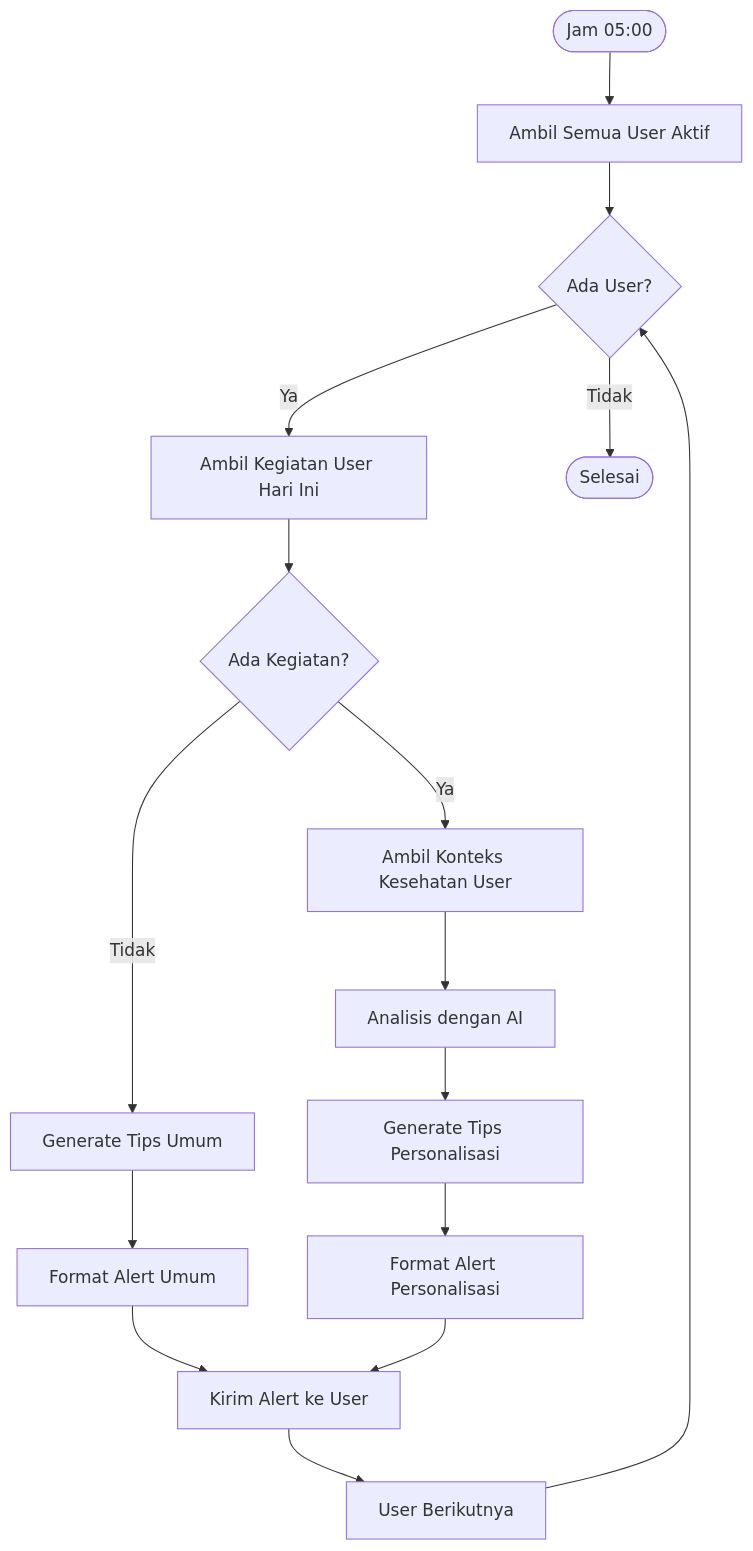
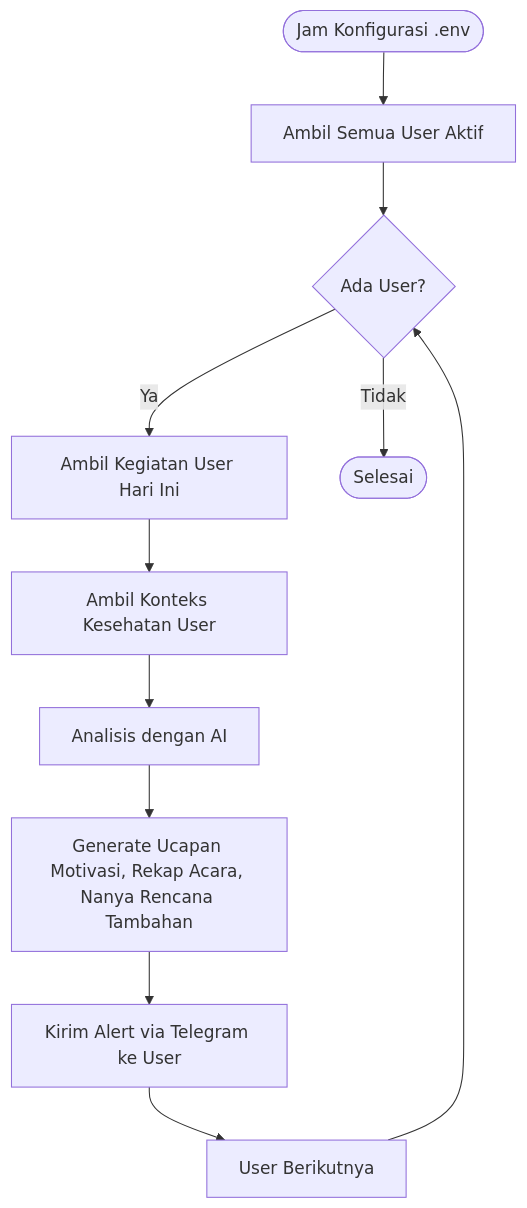
One commit to RhmnDev14/smart_alert_system changed the third of 6 diagrams in FLOWCHART.md. Above: the diagram before and after it, drawn with Mermaid. The commit also changed other lines of this file and 8 other files, not shown here.

````diff
--- a/FLOWCHART.md
+++ b/FLOWCHART.md
@@ -101,24 +69,18 @@
 ```mermaid
 flowchart TD
-    Start([Jam 05:00]) --> GetAllUsers[Ambil Semua User Aktif]
+    Start([Jam Konfigurasi .env]) --> GetAllUsers[Ambil Semua User Aktif]
     GetAllUsers --> LoopUser{Ada User?}
-    
+
     LoopUser -->|Ya| GetUserActivities[Ambil Kegiatan User Hari Ini]
     LoopUser -->|Tidak| End([Selesai])
-    
-    GetUserActivities --> CheckActivities{Ada Kegiatan?}
-    
-    CheckActivities -->|Ya| GetHealthContext[Ambil Konteks Kesehatan User]
-    CheckActivities -->|Tidak| GenerateGeneralTips[Generate Tips Umum]
-    
+
+    GetUserActivities --> GetHealthContext[Ambil Konteks Kesehatan User]
+
     GetHealthContext --> AnalyzeWithAI[Analisis dengan AI]
-    AnalyzeWithAI --> GeneratePersonalizedTips[Generate Tips Personalisasi]
-    GenerateGeneralTips --> FormatGeneralAlert[Format Alert Umum]
-    GeneratePersonalizedTips --> FormatPersonalizedAlert[Format Alert Personalisasi]
-    
-    FormatGeneralAlert --> SendAlert[Kirim Alert ke User]
-    FormatPersonalizedAlert --> SendAlert
-    
+    AnalyzeWithAI --> GenerateAlert[Generate Ucapan Motivasi, Rekap Acara, Nanya Rencana Tambahan]
+
+    GenerateAlert --> SendAlert[Kirim Alert via Telegram ke User]
+
     SendAlert --> NextUser[User Berikutnya]
     NextUser --> LoopUser
 ```
````
